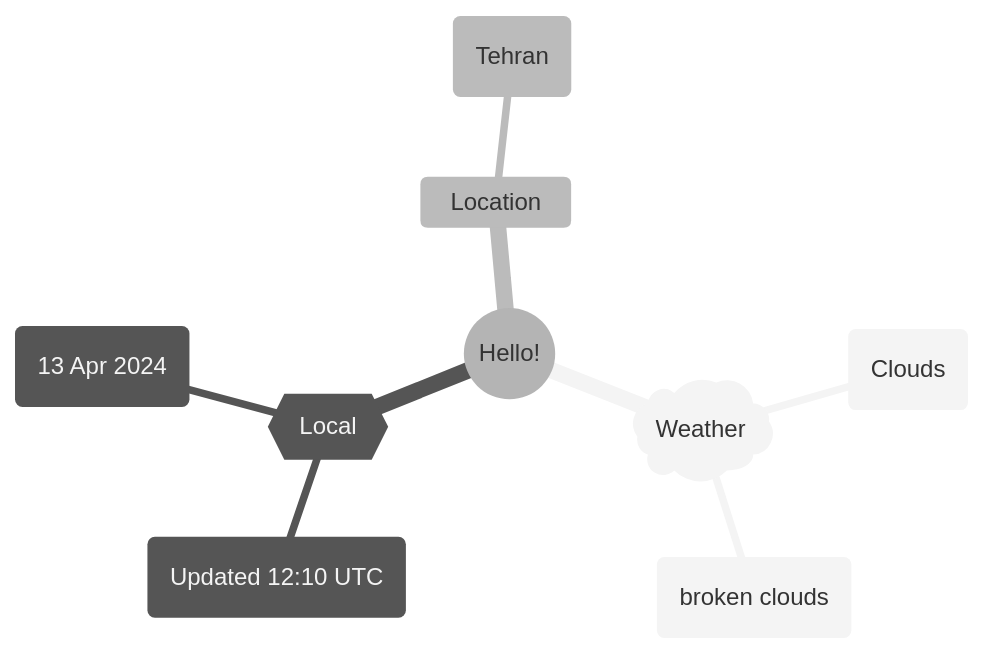
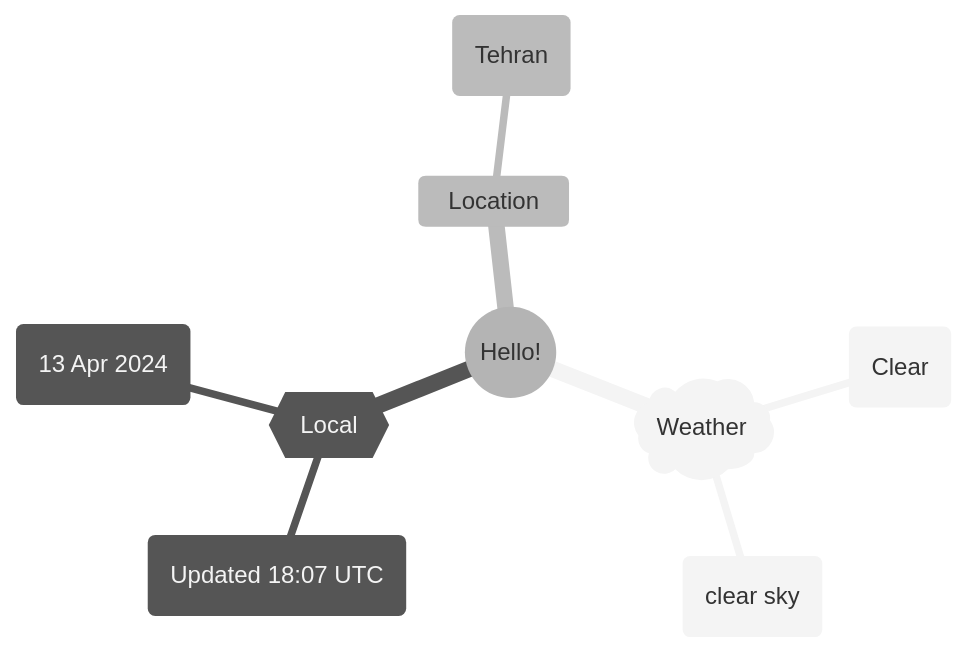
Before and after one commit to Xosrov/Xosrov: the first of 2 diagrams in README.md, drawn with Mermaid (neutral theme).

Commit message:
[bot] updated images

````diff
--- a/README.md
+++ b/README.md
@@ -3,12 +3,12 @@
 ```mermaid
 mindmap
   root((Hello!))
     )Weather(
-        (Clouds)
-        (broken clouds)
+        (Clear)
+        (clear sky)
     {{Local}}
-        (Updated 12:10 UTC)
+        (Updated 18:07 UTC)
         (13 Apr 2024)
     Location
         (Tehran)
 ```
````
